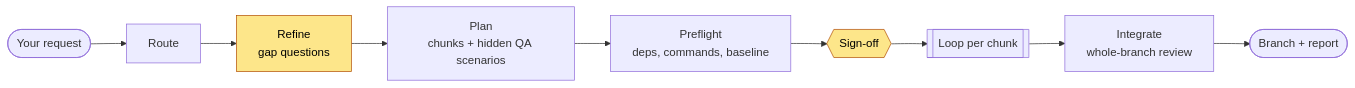
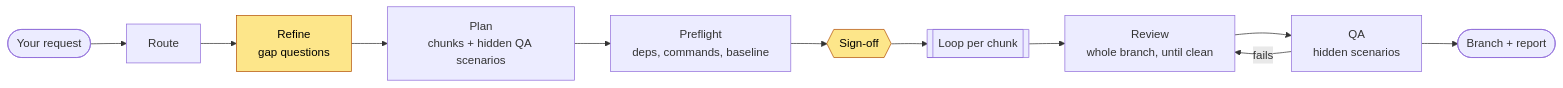
The first of 2 diagrams in README.md (Hafiz408/dark-factory), drawn with Mermaid before and after one commit. The commit also changed other lines of this file and 10 other files, not shown here.

````diff
--- a/README.md
+++ b/README.md
@@ -42,14 +45,16 @@
 ```mermaid
 flowchart LR
     A([Your request]) --> R[Route]
     R --> F[Refine<br/>gap questions]
     F --> P[Plan<br/>chunks + hidden QA scenarios]
     P --> PF[Preflight<br/>deps, commands, baseline]
     PF --> S{{Sign-off}}
     S --> L[[Loop per chunk]]
-    L --> I[Integrate<br/>whole-branch review]
-    I --> O([Branch + report])
+    L --> I[Review<br/>whole branch, until clean]
+    I --> QA[QA<br/>hidden scenarios]
+    QA -->|fails| I
+    QA --> O([Branch + report])
 
     classDef you fill:#fde68a,stroke:#b45309,color:#000
     class F,S you
 ```
````
